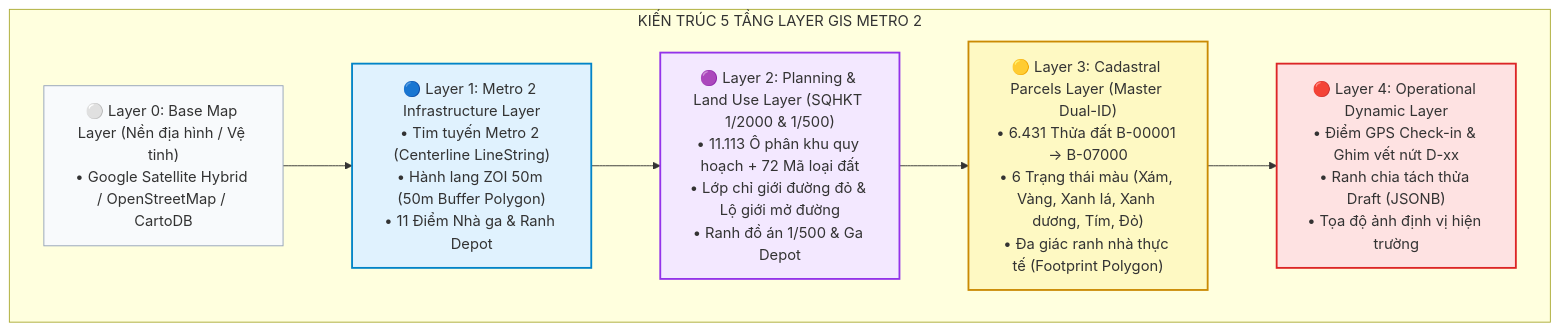
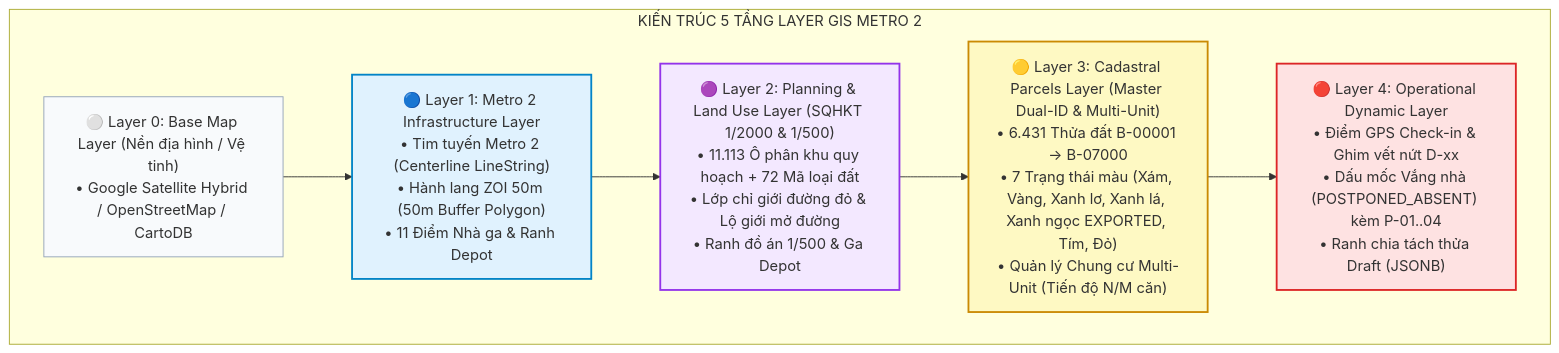
The diagram in srs/notchange/GIS_LAYER_SPECIFICATION.md (Vqd2k6/BCR-System), drawn with Mermaid before and after one commit. The commit also changed other lines of this file and 5 other files, not shown here.

Commit message:
docs(srs): sync all SRS documents 4, 5, 6, 7, 8, 9 with absentee survey gate, multi-unit apartment workflow, 7 survey statuses, and updated technical engines

````diff
--- a/srs/notchange/GIS_LAYER_SPECIFICATION.md
+++ b/srs/notchange/GIS_LAYER_SPECIFICATION.md
@@ -32,18 +33,18 @@
 ```mermaid
 graph TD
     subgraph GIS_SANDWICH ["KIẾN TRÚC 5 TẦNG LAYER GIS METRO 2"]
-        L4["🔴 Layer 4: Operational Dynamic Layer<br>• Điểm GPS Check-in & Ghim vết nứt D-xx<br>• Ranh chia tách thửa Draft (JSONB)<br>• Tọa độ ảnh định vị hiện trường"]
-        L3["🟡 Layer 3: Cadastral Parcels Layer (Master Dual-ID)<br>• 6.431 Thửa đất B-00001 -> B-07000<br>• 6 Trạng thái màu (Xám, Vàng, Xanh lá, Xanh dương, Tím, Đỏ)<br>• Đa giác ranh nhà thực tế (Footprint Polygon)"]
+        L4["🔴 Layer 4: Operational Dynamic Layer<br>• Điểm GPS Check-in & Ghim vết nứt D-xx<br>• Dấu mốc Vắng nhà (POSTPONED_ABSENT) kèm P-01..04<br>• Ranh chia tách thửa Draft (JSONB)"]
+        L3["🟡 Layer 3: Cadastral Parcels Layer (Master Dual-ID & Multi-Unit)<br>• 6.431 Thửa đất B-00001 -> B-07000<br>• 7 Trạng thái màu (Xám, Vàng, Xanh lơ, Xanh lá, Xanh ngọc EXPORTED, Tím, Đỏ)<br>• Quản lý Chung cư Multi-Unit (Tiến độ N/M căn)"]
         L2["🟣 Layer 2: Planning & Land Use Layer (SQHKT 1/2000 & 1/500)<br>• 11.113 Ô phân khu quy hoạch + 72 Mã loại đất<br>• Lớp chỉ giới đường đỏ & Lộ giới mở đường<br>• Ranh đồ án 1/500 & Ga Depot"]
         L1["🔵 Layer 1: Metro 2 Infrastructure Layer<br>• Tim tuyến Metro 2 (Centerline LineString)<br>• Hành lang ZOI 50m (50m Buffer Polygon)<br>• 11 Điểm Nhà ga & Ranh Depot"]
         L0["⚪ Layer 0: Base Map Layer (Nền địa hình / Vệ tinh)<br>• Google Satellite Hybrid / OpenStreetMap / CartoDB"]
     end
     
     L0 --> L1 --> L2 --> L3 --> L4
     
     style L0 fill:#f8fafc,stroke:#94a3b8
     style L1 fill:#e0f2fe,stroke:#0284c7,stroke-width:2px
     style L2 fill:#f3e8ff,stroke:#9333ea,stroke-width:2px
     style L3 fill:#fef9c3,stroke:#ca8a04,stroke-width:2px
     style L4 fill:#fee2e2,stroke:#dc2626,stroke-width:2px
 ```
````
